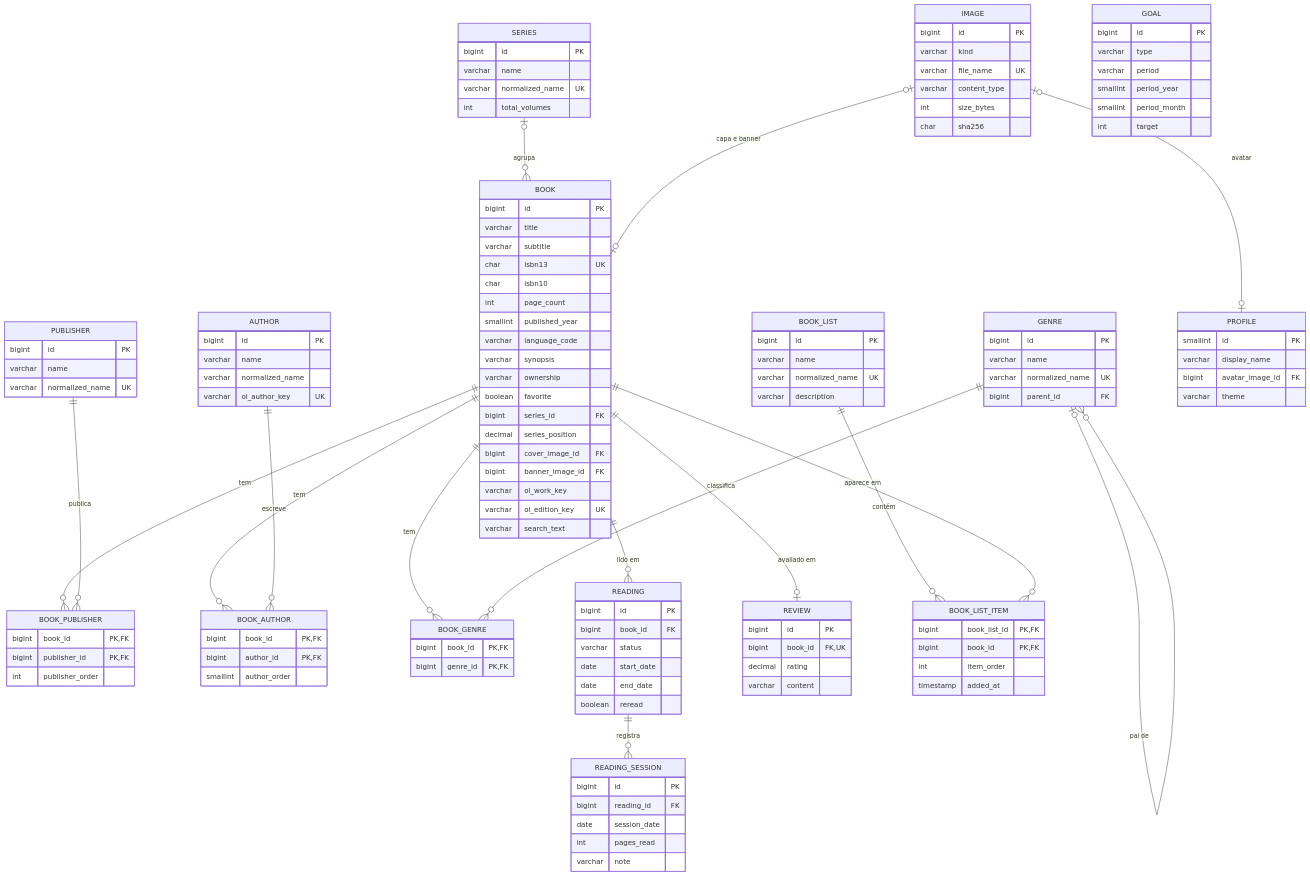
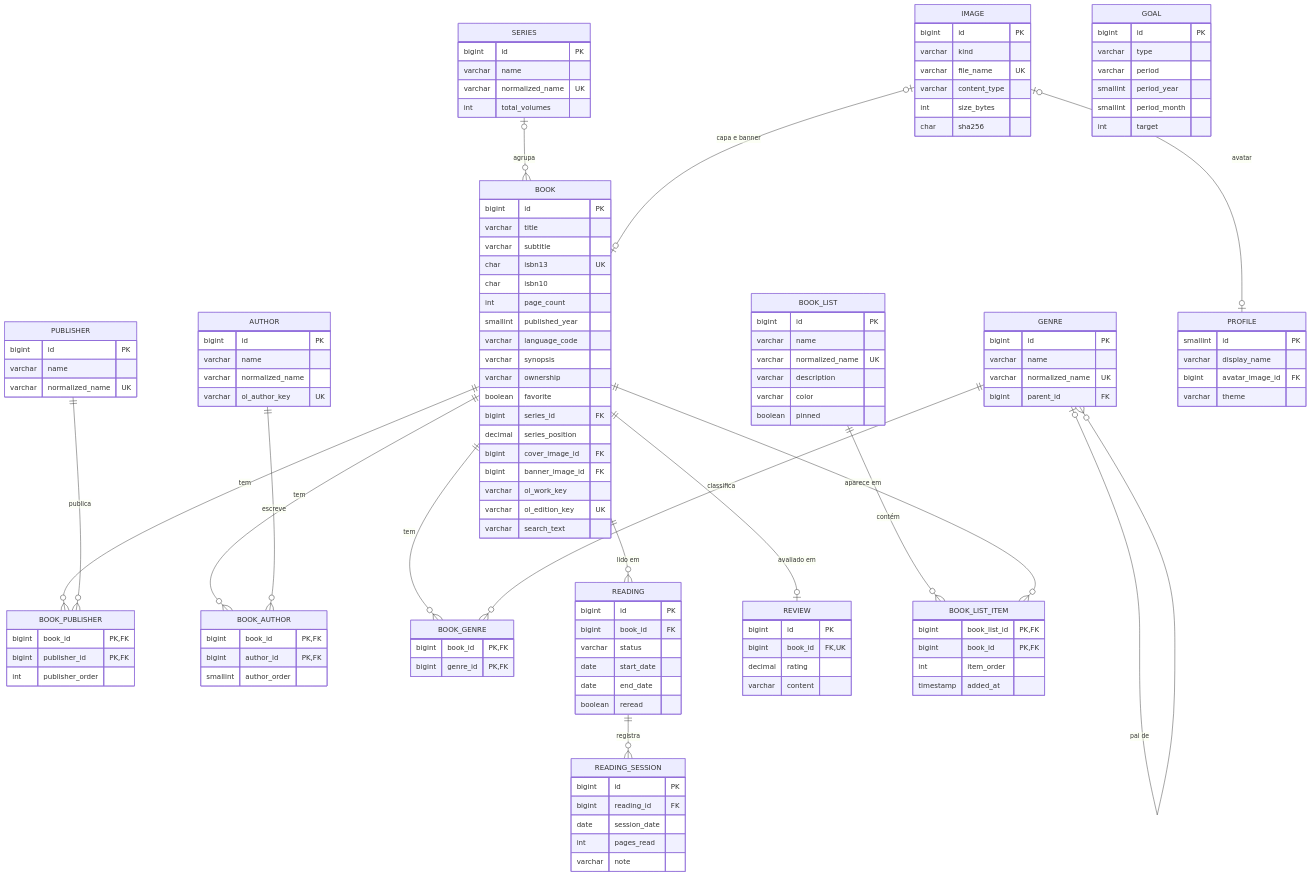
Before and after one commit to BrunaSanguini/MyLibrary: the diagram in docs/modelo-de-dados.md, drawn with Mermaid. The commit also changed other lines of this file and 23 other files, not shown here.

```diff
--- a/docs/modelo-de-dados.md
+++ b/docs/modelo-de-dados.md
@@ -122,6 +122,8 @@
         varchar name
         varchar normalized_name UK
         varchar description
+        varchar color
+        boolean pinned
     }
     BOOK_LIST_ITEM {
         bigint book_list_id PK, FK
```
